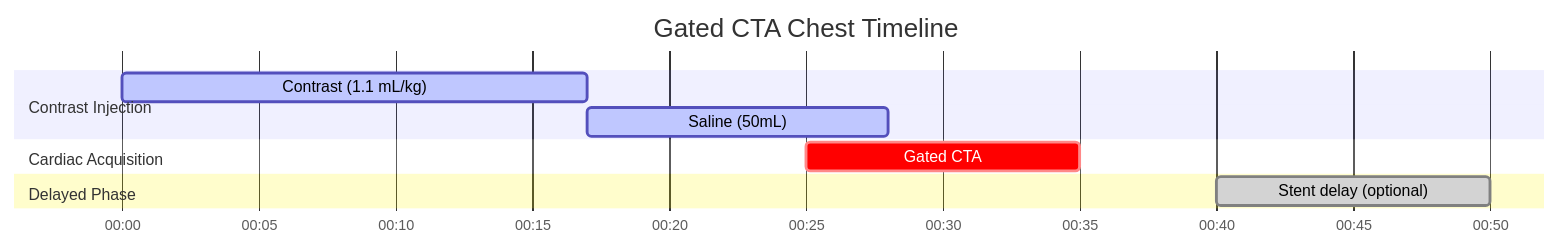
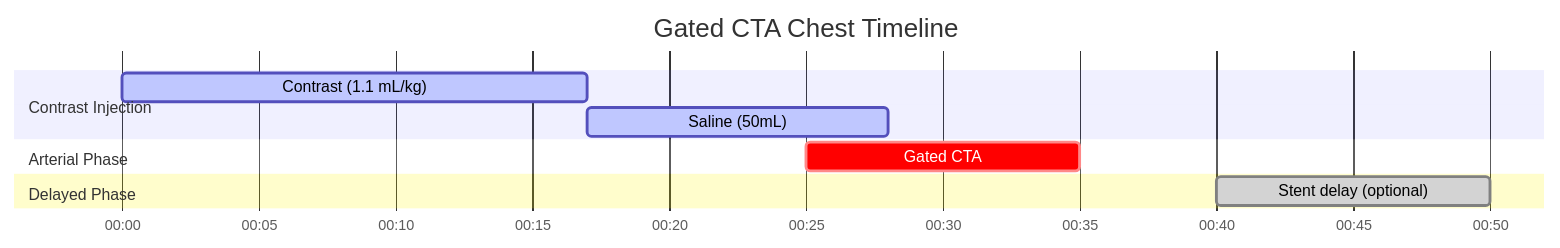
Before and after one commit to dfergs93/radiology-protocols: the diagram in docs/ct/cardiac/gated-cta-chest.md, drawn with Mermaid. The commit also changed 79 other files, not shown here.

````diff
--- a/docs/ct/cardiac/gated-cta-chest.md
+++ b/docs/ct/cardiac/gated-cta-chest.md
@@ -87,18 +87,18 @@
   ```mermaid
   ---
   config:
     theme: default
   ---
     gantt
       title Gated CTA Chest Timeline
       dateFormat mm:ss
       axisFormat %M:%S 
       
       section Contrast Injection
       Contrast (1.1 mL/kg)    :active, contrast, 00:00, 17s
       Saline (50mL)          :active, saline, after contrast, 11s
-      section Cardiac Acquisition
-      Gated CTA    :crit, scan3, 00:25, 10s
+      section Arterial Phase
+      Gated CTA    :crit, scan1, 00:25, 10s
       section Delayed Phase
-      Stent delay (optional)    :done, scan4, 00:40, 10s
+      Stent delay (optional)    :done, scan2, 00:40, 10s
   ```
````
